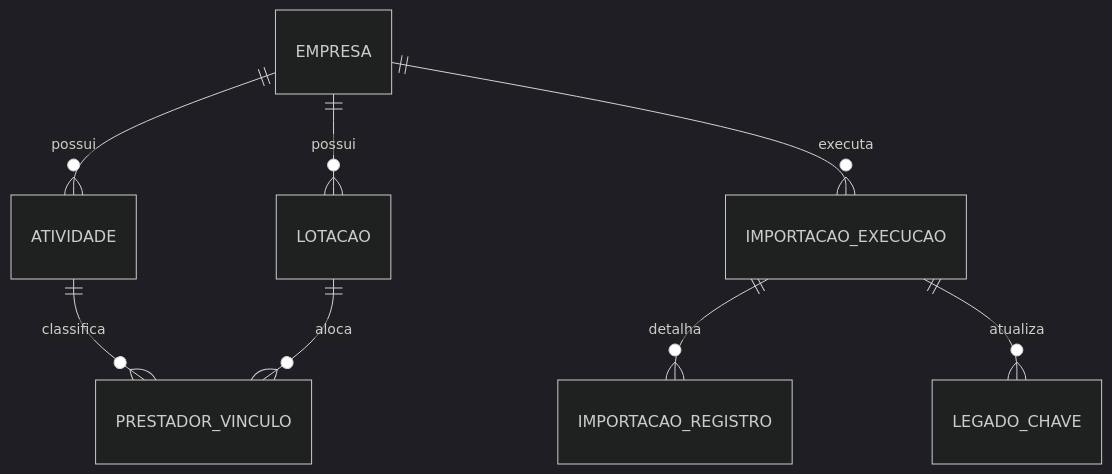
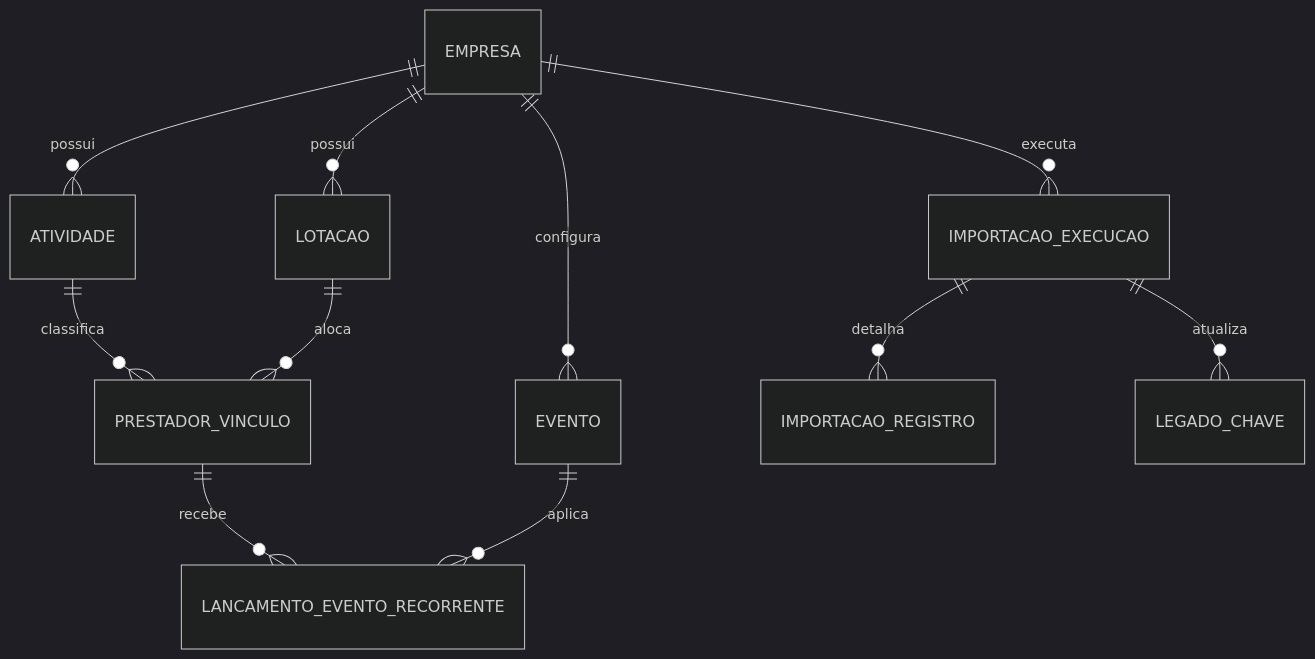
One commit to AldoSant/GestaoInstitutos changed the diagram in docs/MODELO_DE_DADOS.md. Above: the diagram before and after it, drawn with Mermaid (dark theme). The commit also changed other lines of this file and 18 other files, not shown here.

````diff
--- a/docs/MODELO_DE_DADOS.md
+++ b/docs/MODELO_DE_DADOS.md
@@ -26,10 +27,13 @@
 ```mermaid
 erDiagram
   EMPRESA ||--o{ ATIVIDADE : possui
   EMPRESA ||--o{ LOTACAO : possui
   ATIVIDADE ||--o{ PRESTADOR_VINCULO : classifica
   LOTACAO ||--o{ PRESTADOR_VINCULO : aloca
+  EMPRESA ||--o{ EVENTO : configura
+  PRESTADOR_VINCULO ||--o{ LANCAMENTO_EVENTO_RECORRENTE : recebe
+  EVENTO ||--o{ LANCAMENTO_EVENTO_RECORRENTE : aplica
   EMPRESA ||--o{ IMPORTACAO_EXECUCAO : executa
   IMPORTACAO_EXECUCAO ||--o{ IMPORTACAO_REGISTRO : detalha
   IMPORTACAO_EXECUCAO ||--o{ LEGADO_CHAVE : atualiza
 ```
````
